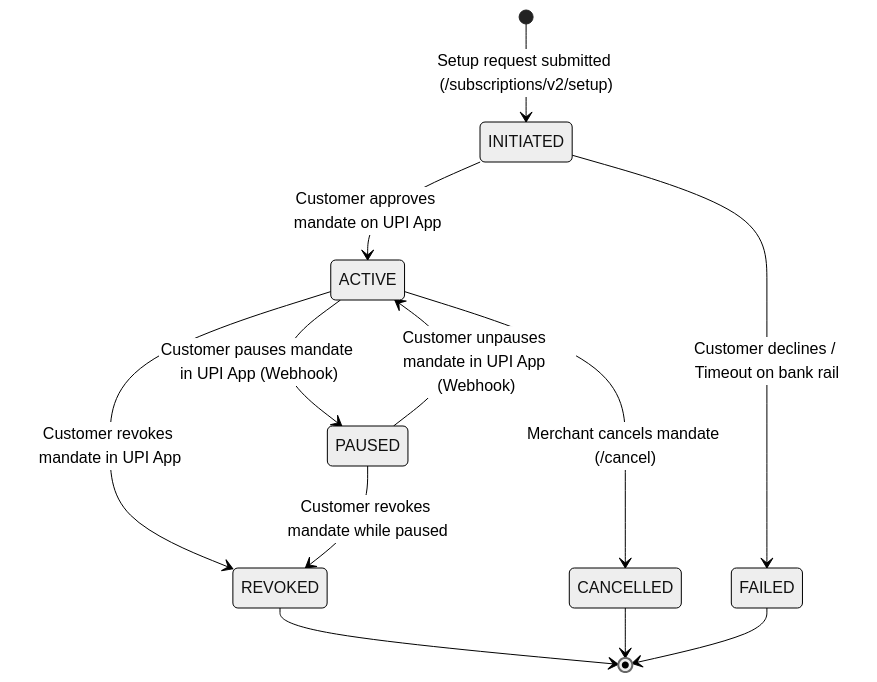
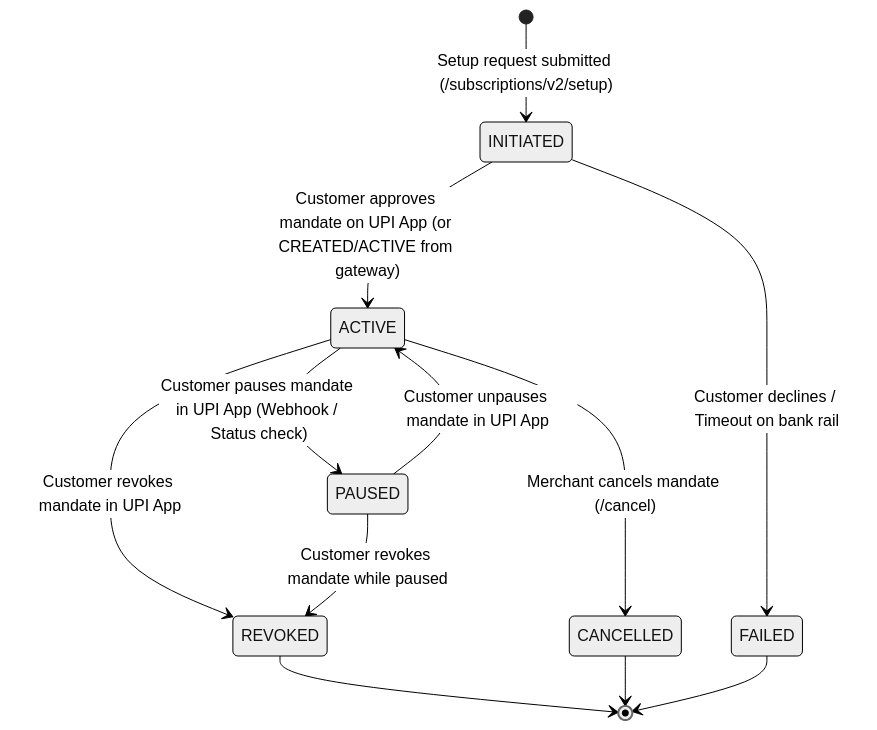
One commit to Glass-Entials/CRM-Glass-Entials changed the third of 3 diagrams in docs/PHONEPE_AUTOPAY_V2_PHASE_3_ARCHITECTURE.md. Above: the diagram before and after it, drawn with Mermaid (neutral theme). The commit also changed other lines of this file, not shown here.

````diff
--- a/docs/PHONEPE_AUTOPAY_V2_PHASE_3_ARCHITECTURE.md
+++ b/docs/PHONEPE_AUTOPAY_V2_PHASE_3_ARCHITECTURE.md
@@ -402,18 +429,18 @@
 ```mermaid
 stateDiagram-v2
     [*] --> INITIATED : Setup request submitted (/subscriptions/v2/setup)
-    INITIATED --> ACTIVE : Customer approves mandate on UPI App
+    INITIATED --> ACTIVE : Customer approves mandate on UPI App (or CREATED/ACTIVE from gateway)
     INITIATED --> FAILED : Customer declines / Timeout on bank rail
     
-    ACTIVE --> PAUSED : Customer pauses mandate in UPI App (Webhook)
-    PAUSED --> ACTIVE : Customer unpauses mandate in UPI App (Webhook)
+    ACTIVE --> PAUSED : Customer pauses mandate in UPI App (Webhook / Status check)
+    PAUSED --> ACTIVE : Customer unpauses mandate in UPI App
     
     ACTIVE --> REVOKED : Customer revokes mandate in UPI App
     PAUSED --> REVOKED : Customer revokes mandate while paused
     
     ACTIVE --> CANCELLED : Merchant cancels mandate (/cancel)
     
     REVOKED --> [*]
     CANCELLED --> [*]
     FAILED --> [*]
 ```
````
